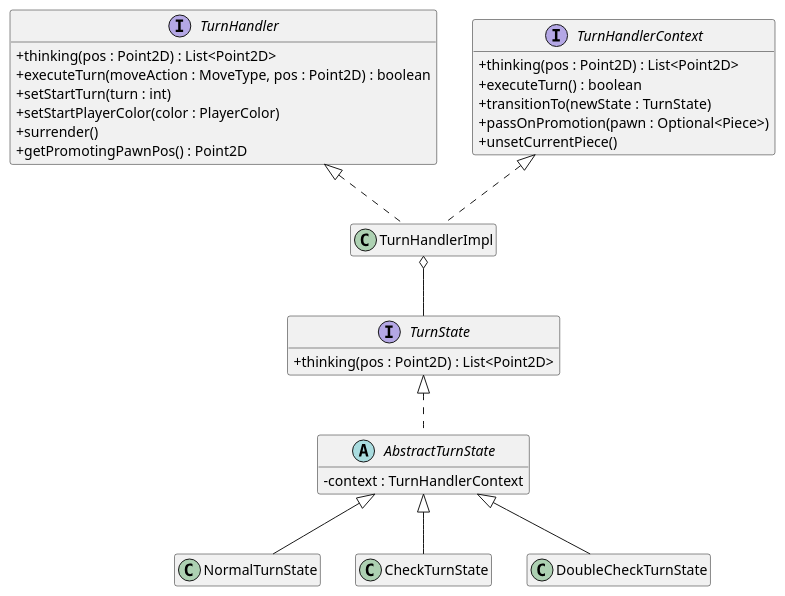
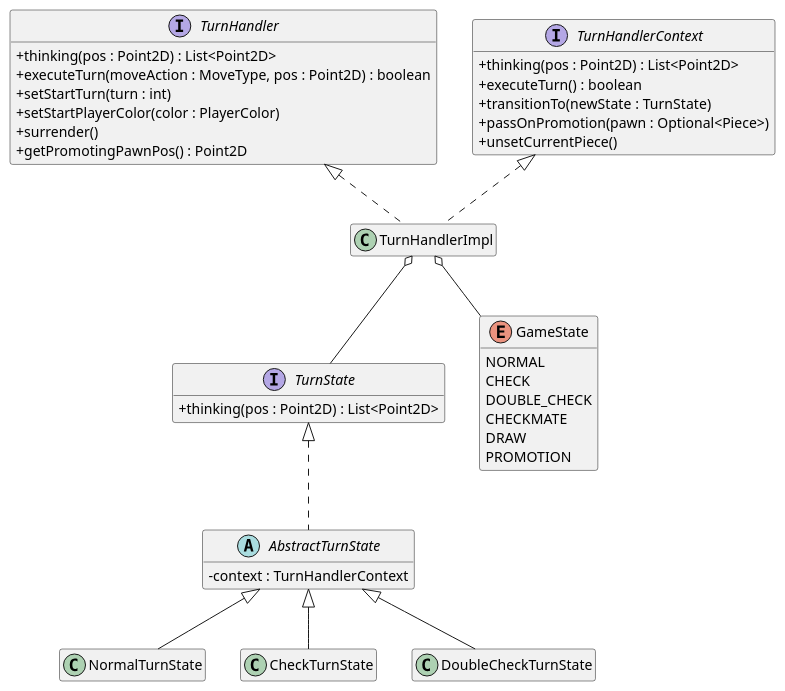
The diagram in docs/TurnHandler.puml (Turbo-Chess/Turbo-Chess), drawn with PlantUML before and after one commit. The commit also changed 1 other file, not shown here.

Commit message:
Updated rules UML

```diff
--- a/docs/TurnHandler.puml
+++ b/docs/TurnHandler.puml
@@ -1,44 +1,53 @@
 @startuml TurnHandler
 
 skinparam classAttributeIconSize 0
 hide empty fields
 hide empty method
 
 interface TurnHandler {
     +thinking(pos : Point2D) : List<Point2D>
     +executeTurn(moveAction : MoveType, pos : Point2D) : boolean
     +setStartTurn(turn : int)
     +setStartPlayerColor(color : PlayerColor)
     +surrender()
     +getPromotingPawnPos() : Point2D
 }
 
 interface TurnHandlerContext {
     +thinking(pos : Point2D) : List<Point2D>
     +executeTurn() : boolean
     +transitionTo(newState : TurnState)
     +passOnPromotion(pawn : Optional<Piece>)
     +unsetCurrentPiece()
 }
 
 interface TurnState {
     +thinking(pos : Point2D) : List<Point2D>
 }
 
 class TurnHandlerImpl
 TurnHandler <|.. TurnHandlerImpl
 TurnHandlerContext <|.. TurnHandlerImpl
 TurnHandlerImpl o-- TurnState
 
+enum GameState {
+    NORMAL
+    CHECK
+    DOUBLE_CHECK
+    CHECKMATE
+    DRAW
+    PROMOTION
+}
+TurnHandlerImpl o-- GameState
 abstract class AbstractTurnState {
     -context : TurnHandlerContext
 }
 TurnState <|.. AbstractTurnState
 
 class NormalTurnState
 class CheckTurnState
 class DoubleCheckTurnState
 AbstractTurnState <|-- NormalTurnState
 AbstractTurnState <|-- CheckTurnState
 AbstractTurnState <|-- DoubleCheckTurnState
 @enduml
```
